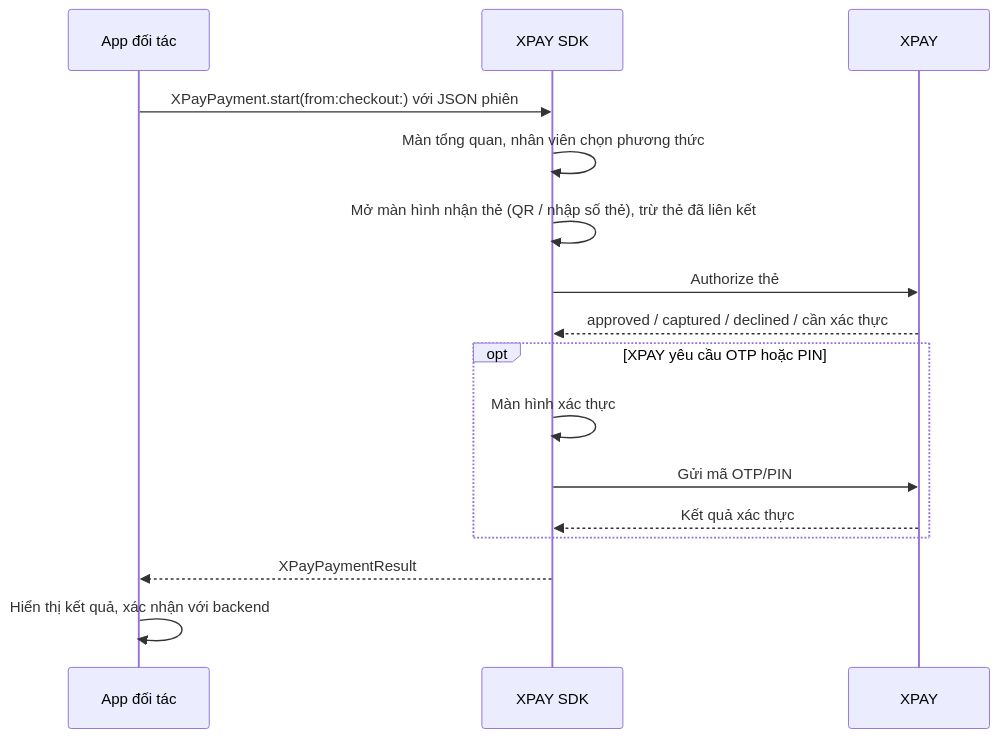
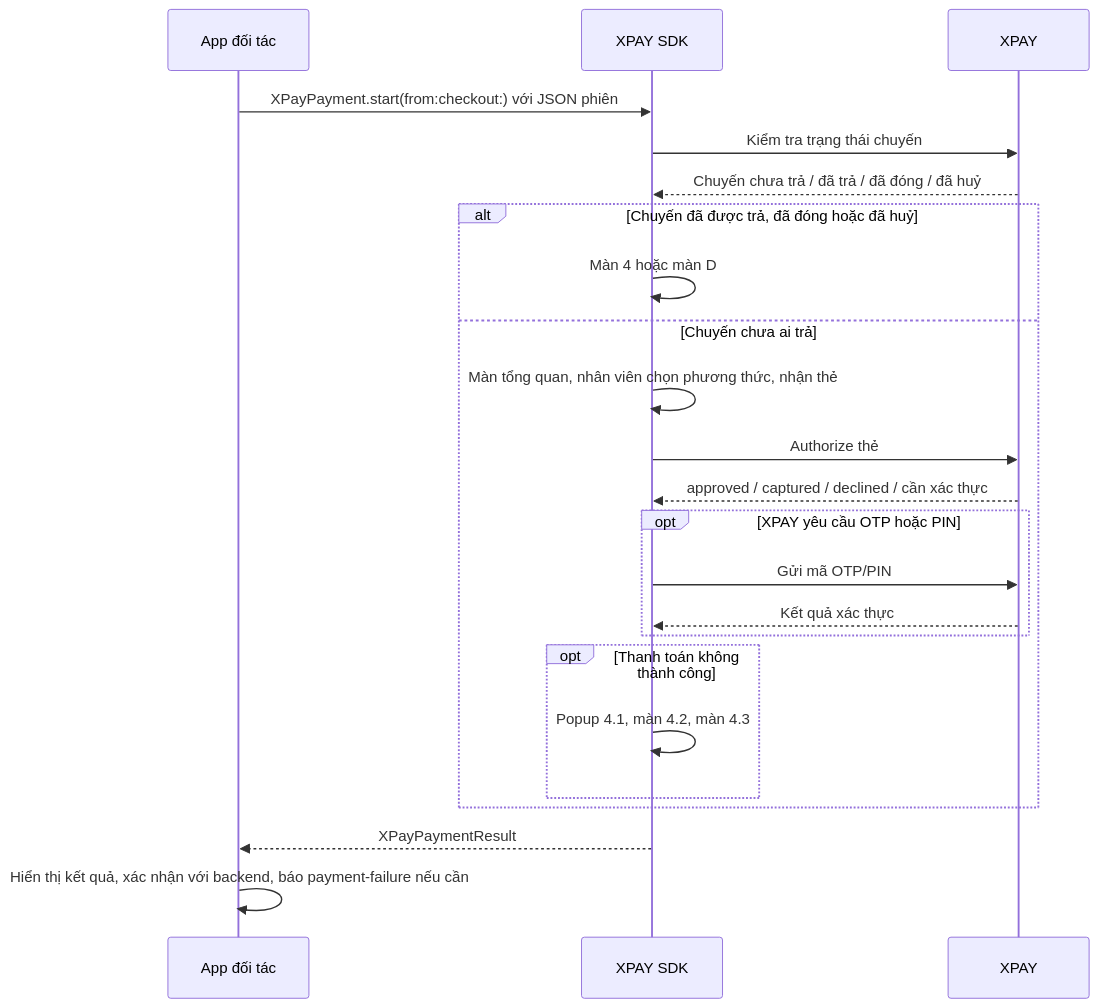
Before and after one commit to nggiahuy09/xpay-payment-sdk: the diagram in docs/ios_integration.vi.md, drawn with Mermaid. The commit also changed other lines of this file and 127 other files, not shown here.

````diff
--- a/docs/ios_integration.vi.md
+++ b/docs/ios_integration.vi.md
@@ -221,18 +244,25 @@
 ```mermaid
 sequenceDiagram
     participant App as App đối tác
     participant SDK as XPAY SDK
     participant XPay as XPAY
     App->>SDK: XPayPayment.start(from:checkout:) với JSON phiên
-    SDK->>SDK: Màn tổng quan, nhân viên chọn phương thức
-    SDK->>SDK: Mở màn hình nhận thẻ (QR / nhập số thẻ), trừ thẻ đã liên kết
-    SDK->>XPay: Authorize thẻ
-    XPay-->>SDK: approved / captured / declined / cần xác thực
-    opt XPAY yêu cầu OTP hoặc PIN
-        SDK->>SDK: Màn hình xác thực
-        SDK->>XPay: Gửi mã OTP/PIN
-        XPay-->>SDK: Kết quả xác thực
+    SDK->>XPay: Kiểm tra trạng thái chuyến
+    XPay-->>SDK: Chuyến chưa trả / đã trả / đã đóng / đã huỷ
+    alt Chuyến đã được trả, đã đóng hoặc đã huỷ
+        SDK->>SDK: Màn 4 hoặc màn D
+    else Chuyến chưa ai trả
+        SDK->>SDK: Màn tổng quan, nhân viên chọn phương thức, nhận thẻ
+        SDK->>XPay: Authorize thẻ
+        XPay-->>SDK: approved / captured / declined / cần xác thực
+        opt XPAY yêu cầu OTP hoặc PIN
+            SDK->>XPay: Gửi mã OTP/PIN
+            XPay-->>SDK: Kết quả xác thực
+        end
+        opt Thanh toán không thành công
+            SDK->>SDK: Popup 4.1, màn 4.2, màn 4.3
+        end
     end
     SDK-->>App: XPayPaymentResult
-    App->>App: Hiển thị kết quả, xác nhận với backend
+    App->>App: Hiển thị kết quả, xác nhận với backend, báo payment-failure nếu cần
 ```
````
